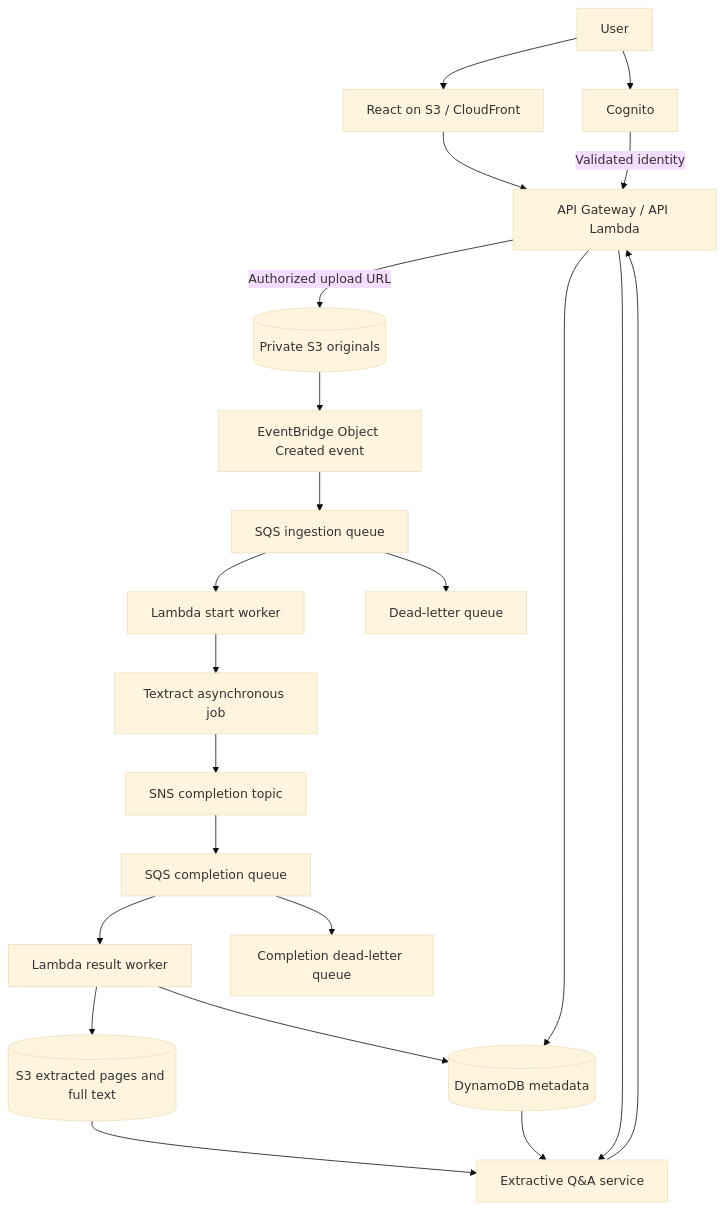
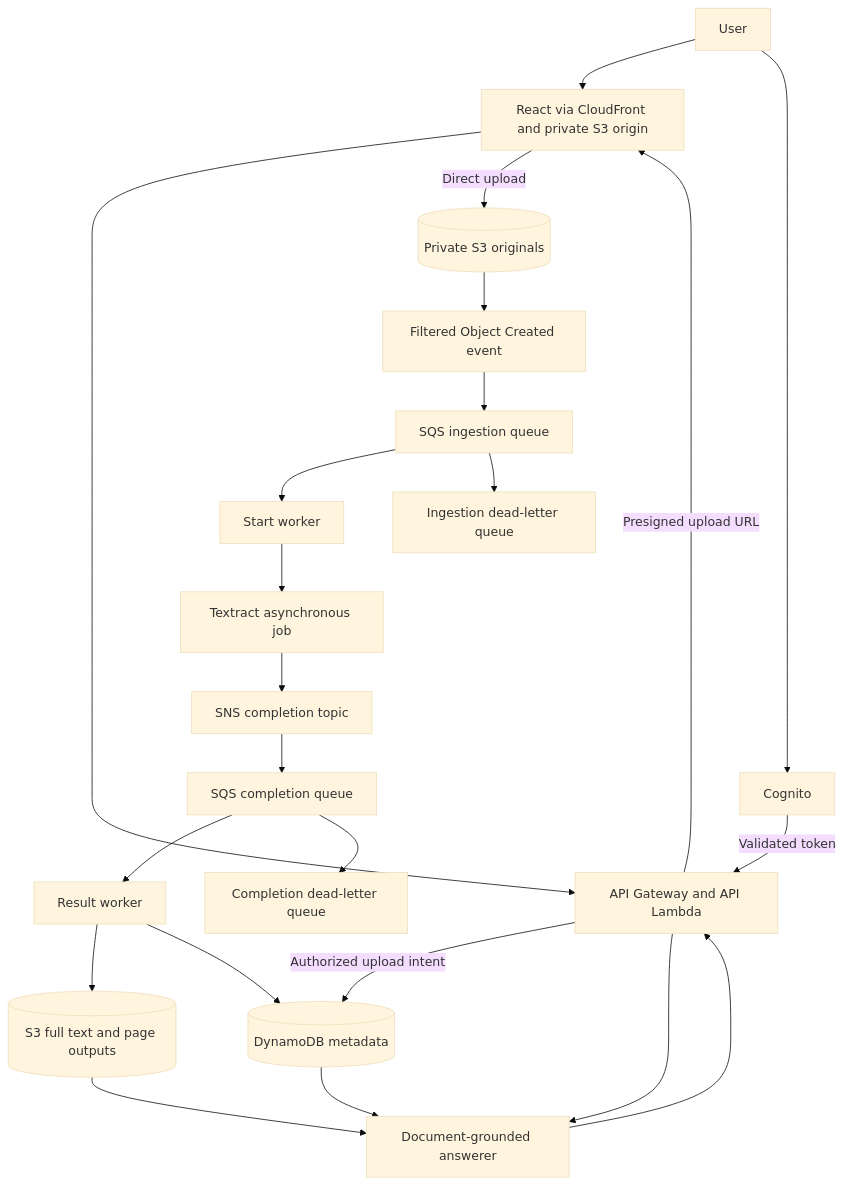
The second of 2 diagrams in docs/aws-architecture.md (gayas-sheik/Prashn), drawn with Mermaid (base theme) before and after one commit. The commit also changed other lines of this file and 2 other files, not shown here.

Commit message:
docs: document current application and optional AWS deployment

````diff
--- a/docs/aws-architecture.md
+++ b/docs/aws-architecture.md
@@ -11,24 +56,25 @@
-```mermaid
+~~~mermaid
 flowchart TD
-    U[User] --> F[React on S3 / CloudFront]
+    U[User] --> F[React via CloudFront and private S3 origin]
     U --> C[Cognito]
-    F --> A[API Gateway / API Lambda]
-    C -->|Validated identity| A
-    A -->|Authorized upload URL| S[(Private S3 originals)]
-    A --> D[(DynamoDB metadata)]
-    S --> E[EventBridge Object Created event]
+    F --> A[API Gateway and API Lambda]
+    C -->|Validated token| A
+    A -->|Authorized upload intent| D[(DynamoDB metadata)]
+    A -->|Presigned upload URL| F
+    F -->|Direct upload| S[(Private S3 originals)]
+    S --> E[Filtered Object Created event]
     E --> Q[SQS ingestion queue]
-    Q --> L[Lambda start worker]
-    Q --> DLQ[Dead-letter queue]
+    Q --> L[Start worker]
+    Q --> DLQ[Ingestion dead-letter queue]
     L --> T[Textract asynchronous job]
     T --> N[SNS completion topic]
     N --> CQ[SQS completion queue]
-    CQ --> R[Lambda result worker]
-    R --> O[(S3 extracted pages and full text)]
+    CQ --> R[Result worker]
+    CQ --> CDLQ[Completion dead-letter queue]
+    R --> O[(S3 full text and page outputs)]
     R --> D
-    CQ --> CDLQ[Completion dead-letter queue]
-    A --> QA[Extractive Q&A service]
+    A --> QA[Document-grounded answerer]
     D --> QA
     O --> QA
     QA --> A
-```
+~~~
````
